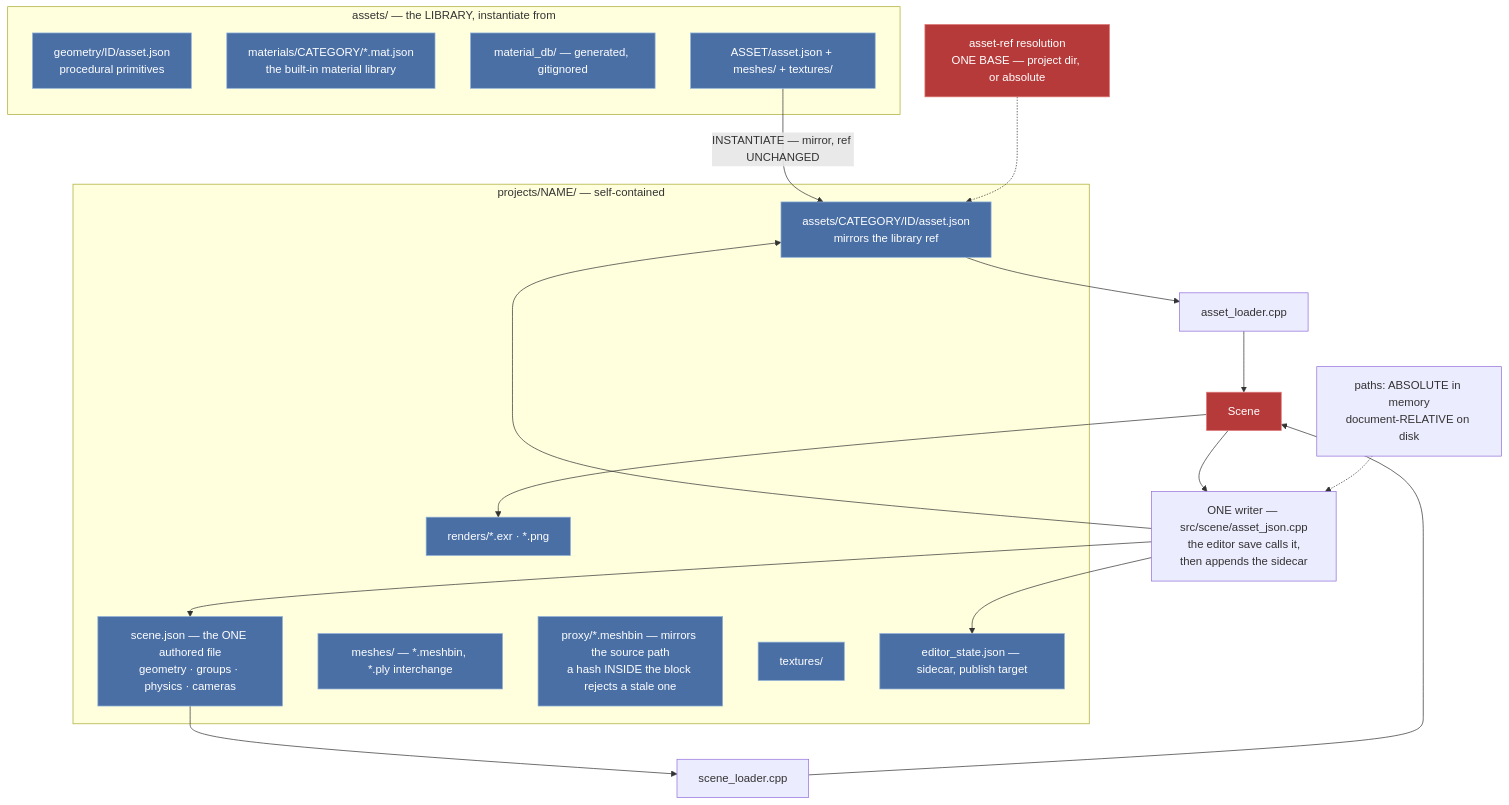
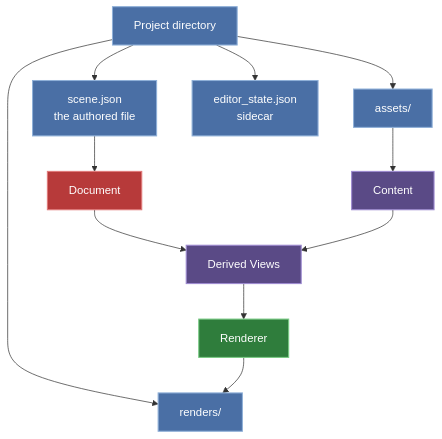
Before and after one commit to nicolasgfx/Portfolio: the seventh of 12 diagrams in README.md, drawn with Mermaid. The commit also changed other lines of this file and 2 other files, not shown here.

````diff
--- a/README.md
+++ b/README.md
@@ -385,40 +454,25 @@
 ```mermaid
 flowchart TD
-  subgraph LIB["assets/ — the LIBRARY, instantiate from"]
-    L1["geometry/ID/asset.json<br/>procedural primitives"]
-    L2["materials/CATEGORY/*.mat.json<br/>the built-in material library"]
-    L3["material_db/ — generated, gitignored"]
-    L4["ASSET/asset.json + meshes/ + textures/"]
-  end
+    Project["Project directory"]
 
-  subgraph PRJ["projects/NAME/ — self-contained"]
-    P1["scene.json — the ONE authored file<br/>geometry · groups · physics · cameras"]
-    P2["assets/CATEGORY/ID/asset.json<br/>mirrors the library ref"]
-    P3["meshes/ — *.meshbin, *.ply interchange"]
-    P4["proxy/*.meshbin — mirrors the source path<br/>a hash INSIDE the block rejects a stale one"]
-    P5["textures/"]
-    P6["editor_state.json — sidecar, publish target"]
-    P7["renders/*.exr · *.png"]
-  end
+    Project --> SceneJson["scene.json<br/>the authored file"]
+    Project --> AssetsDir["assets/"]
+    Project --> EditorState["editor_state.json<br/>sidecar"]
+    Project --> RendersDir["renders/"]
 
-  L4 -->|"INSTANTIATE — mirror, ref UNCHANGED"| P2
-  P1 --> RD["scene_loader.cpp"]
-  P2 --> RD2["asset_loader.cpp"]
-  RD --> SCENE["Scene"]
-  RD2 --> SCENE
-  SCENE --> WR["ONE writer — src/scene/asset_json.cpp<br/>the editor save calls it,<br/>then appends the sidecar"]
-  WR --> P1
-  WR --> P2
-  WR --> P6
-  SCENE --> P7
+    SceneJson --> Document["Document"]
+    AssetsDir --> Content["Content"]
+    Document --> Views["Derived Views"]
+    Content --> Views
+    Views --> Renderer["Renderer"]
+    Renderer --> RendersDir
 
-  RESOLVE["asset-ref resolution<br/>ONE BASE — project dir, or absolute"]
-  RESOLVE -.-> P2
-  PATHS["paths: ABSOLUTE in memory<br/>document-RELATIVE on disk"]
-  PATHS -.-> WR
-
-  classDef disk fill:#4a6fa5,stroke:#8fb0d8,color:#fff
-  classDef truth fill:#b73a3a,stroke:#e07a7a,color:#fff
-  class P1,P2,P3,P4,P5,P6,P7,L1,L2,L3,L4 disk
-  class SCENE,RESOLVE truth
+    classDef disk fill:#4a6fa5,stroke:#8fb0d8,stroke-width:1.5px,color:#fff
+    classDef truth fill:#b73a3a,stroke:#e07a7a,stroke-width:1.5px,color:#fff
+    classDef view fill:#5a4a86,stroke:#9d8ad0,stroke-width:1.5px,color:#fff
+    classDef gpu fill:#2f7d3c,stroke:#7acb85,stroke-width:1.5px,color:#fff
+    class Project,SceneJson,AssetsDir,EditorState,RendersDir disk
+    class Document truth
+    class Views,Content view
+    class Renderer gpu
 ```
````
